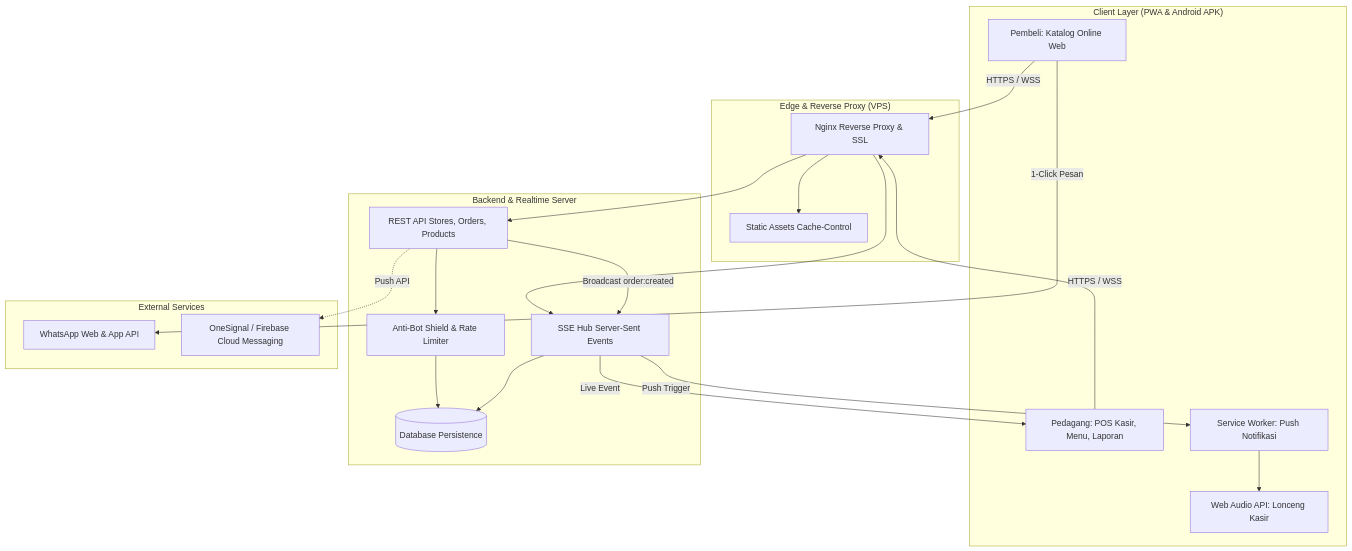
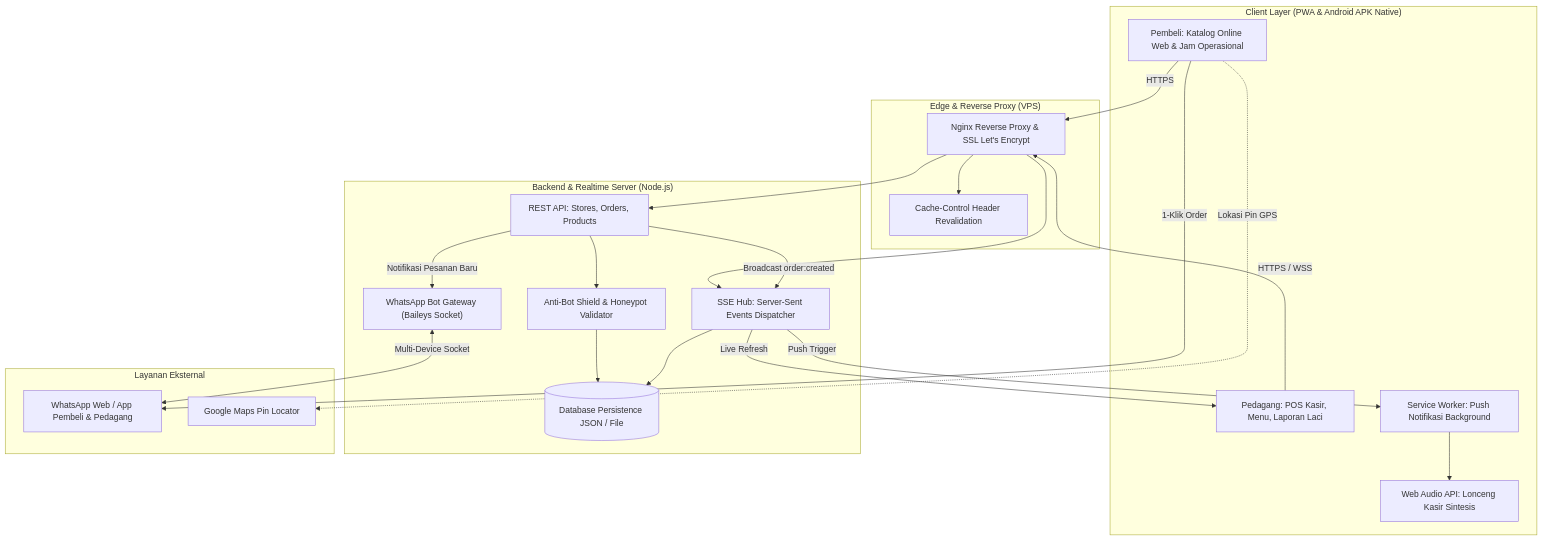
The first of 5 diagrams in README.md (MohammadNasrullohh/lapakinku), drawn with Mermaid before and after one commit. The commit also changed other lines of this file and 6 other files, not shown here.

Commit message:
docs: update comprehensive 12-feature matrix, live UI screenshots, and WhatsApp gateway architecture

````diff
--- a/README.md
+++ b/README.md
@@ -60,41 +80,44 @@
 ```mermaid
 flowchart TD
-    subgraph Client["Client Layer (PWA & Android APK)"]
-        BuyerUI["Pembeli: Katalog Online Web"]
-        MerchantUI["Pedagang: POS Kasir, Menu, Laporan"]
-        SW["Service Worker: Push Notifikasi"]
-        AudioEngine["Web Audio API: Lonceng Kasir"]
+    subgraph Client["Client Layer (PWA & Android APK Native)"]
+        BuyerUI["Pembeli: Katalog Online Web & Jam Operasional"]
+        MerchantUI["Pedagang: POS Kasir, Menu, Laporan Laci"]
+        SW["Service Worker: Push Notifikasi Background"]
+        AudioEngine["Web Audio API: Lonceng Kasir Sintesis"]
     end
 
     subgraph Edge["Edge & Reverse Proxy (VPS)"]
-        Nginx["Nginx Reverse Proxy & SSL"]
-        NginxStatic["Static Assets Cache-Control"]
+        Nginx["Nginx Reverse Proxy & SSL Let's Encrypt"]
+        CacheCtrl["Cache-Control Header Revalidation"]
     end
 
-    subgraph Backend["Backend & Realtime Server"]
-        API["REST API Stores, Orders, Products"]
-        SSEHub["SSE Hub Server-Sent Events"]
-        AntiBot["Anti-Bot Shield & Rate Limiter"]
-        DB[("Database Persistence")]
+    subgraph Backend["Backend & Realtime Server (Node.js)"]
+        API["REST API: Stores, Orders, Products"]
+        SSEHub["SSE Hub: Server-Sent Events Dispatcher"]
+        AntiBot["Anti-Bot Shield & Honeypot Validator"]
+        WABot["WhatsApp Bot Gateway (Baileys Socket)"]
+        DB[("Database Persistence JSON / File")]
     end
 
-    subgraph External["External Services"]
-        WA["WhatsApp Web & App API"]
-        OS_FCM["OneSignal / Firebase Cloud Messaging"]
+    subgraph External["Layanan Eksternal"]
+        WAClient["WhatsApp Web / App Pembeli & Pedagang"]
+        Maps["Google Maps Pin Locator"]
     end
 
-    BuyerUI -->|HTTPS / WSS| Nginx
+    BuyerUI -->|HTTPS| Nginx
     MerchantUI -->|HTTPS / WSS| Nginx
-    Nginx --> NginxStatic
+    Nginx --> CacheCtrl
     Nginx --> API
     Nginx --> SSEHub
     API --> AntiBot --> DB
     SSEHub --> DB
+    WABot <-->|Multi-Device Socket| WAClient
 
-    BuyerUI -->|1-Click Pesan| WA
+    BuyerUI -->|1-Klik Order| WAClient
+    API -->|Notifikasi Pesanan Baru| WABot
     API -->|Broadcast order:created| SSEHub
-    SSEHub -->|Live Event| MerchantUI
+    SSEHub -->|Live Refresh| MerchantUI
     SSEHub -->|Push Trigger| SW
     SW --> AudioEngine
-    API -.->|Push API| OS_FCM
+    BuyerUI -.->|Lokasi Pin GPS| Maps
 ```
````
